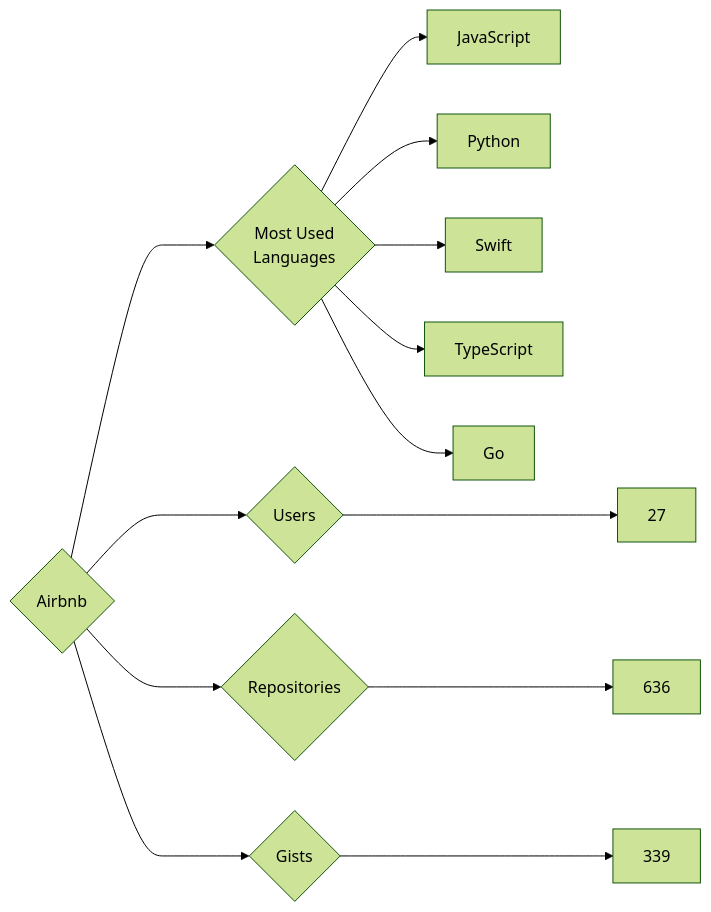
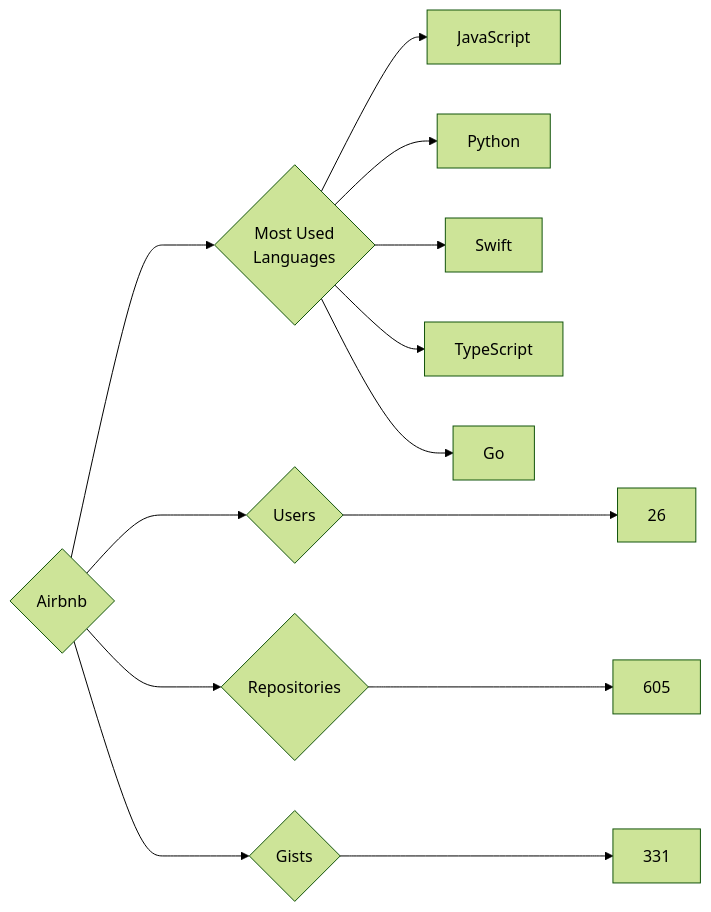
The diagram in targets/Airbnb/README.md (trickest/insiders), drawn with Mermaid (forest theme) before and after one commit. The commit also changed 1030 other files, not shown here.

````diff
--- a/targets/Airbnb/README.md
+++ b/targets/Airbnb/README.md
@@ -3,13 +3,13 @@
 ```mermaid
 graph LR
 COMPANY_NAME{Airbnb}
-COMPANY_NAME ---> U{Users} ---> UN[27]
-COMPANY_NAME ---> R{Repositories} ---> RN[636]
-COMPANY_NAME ---> G{Gists} ---> GN[339]
+COMPANY_NAME ---> U{Users} ---> UN[26]
+COMPANY_NAME ---> R{Repositories} ---> RN[605]
+COMPANY_NAME ---> G{Gists} ---> GN[331]
 COMPANY_NAME ---> ML{Most Used<br>Languages}
 ML --> JavaScript[JavaScript]
 ML --> Python[Python]
 ML --> Swift[Swift]
 ML --> TypeScript[TypeScript]
 ML --> Go[Go]
 ```
````
